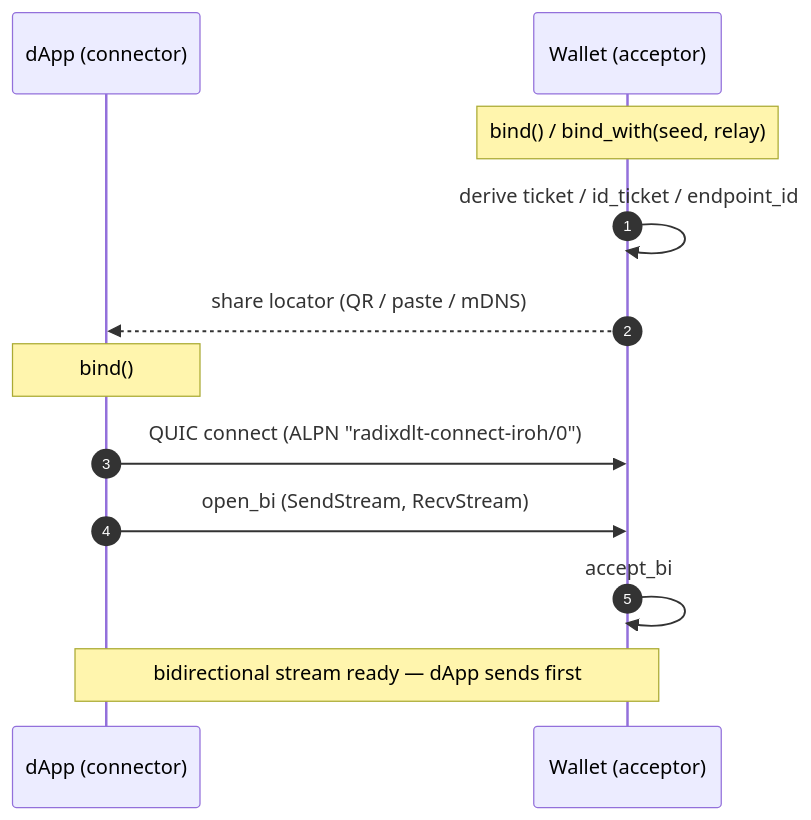
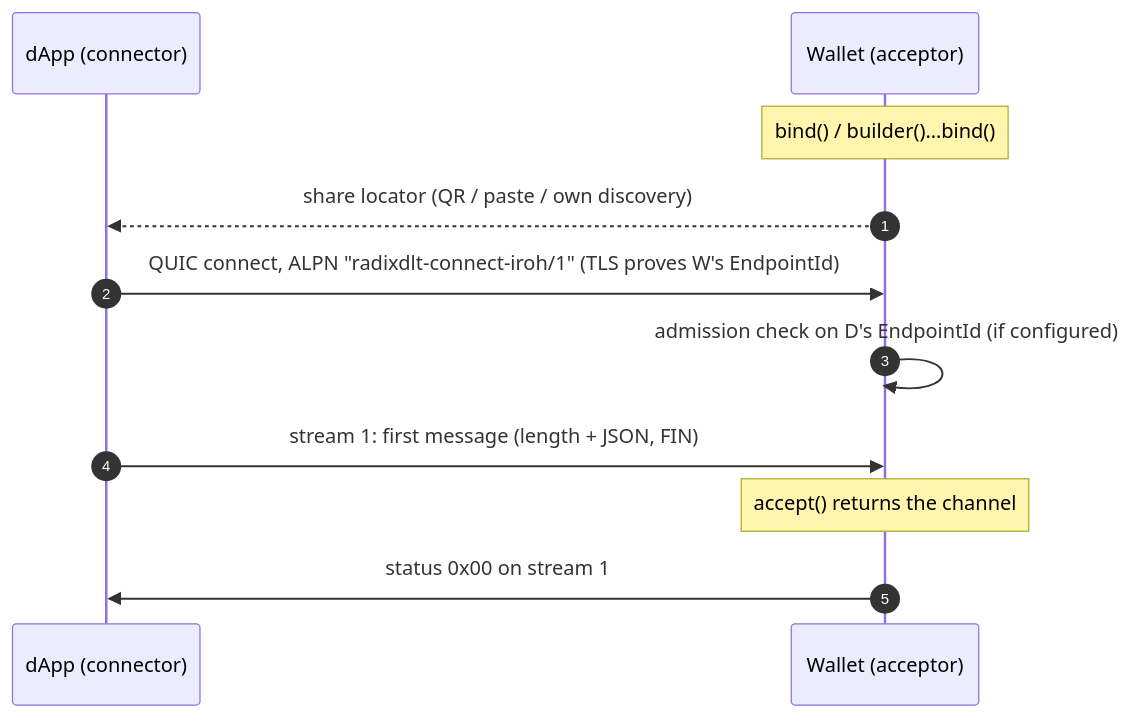
One commit to genkipool/radixdlt-rust-sdk changed the first of 4 diagrams in crates/connect-iroh/docs/PROTOCOL.md. Above: the diagram before and after it, drawn with Mermaid. The commit also changed other lines of this file and 13 other files, not shown here.

````diff
--- a/crates/connect-iroh/docs/PROTOCOL.md
+++ b/crates/connect-iroh/docs/PROTOCOL.md
@@ -154,16 +211,14 @@
 ```mermaid
 sequenceDiagram
     autonumber
     participant D as dApp (connector)
     participant W as Wallet (acceptor)
 
-    Note over W: bind() / bind_with(seed, relay)
-    W->>W: derive ticket / id_ticket / endpoint_id
-    W-->>D: share locator (QR / paste / mDNS)
-
-    Note over D: bind()
-    D->>W: QUIC connect (ALPN "radixdlt-connect-iroh/0")
-    D->>W: open_bi  (SendStream, RecvStream)
-    W->>W: accept_bi
-    Note over D,W: bidirectional stream ready — dApp sends first
+    Note over W: bind() / builder()…bind()
+    W-->>D: share locator (QR / paste / own discovery)
+    D->>W: QUIC connect, ALPN "radixdlt-connect-iroh/1" (TLS proves W's EndpointId)
+    W->>W: admission check on D's EndpointId (if configured)
+    D->>W: stream 1: first message (length + JSON, FIN)
+    Note over W: accept() returns the channel
+    W->>D: status 0x00 on stream 1
 ```
````
